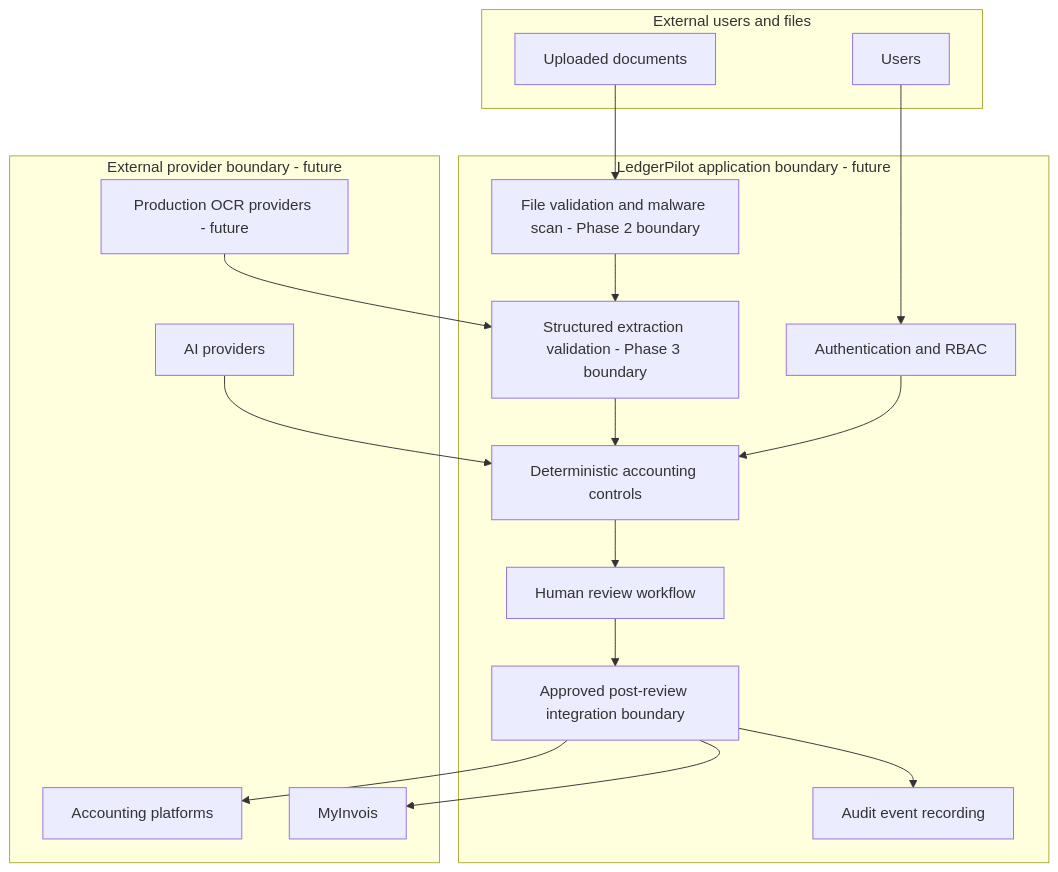
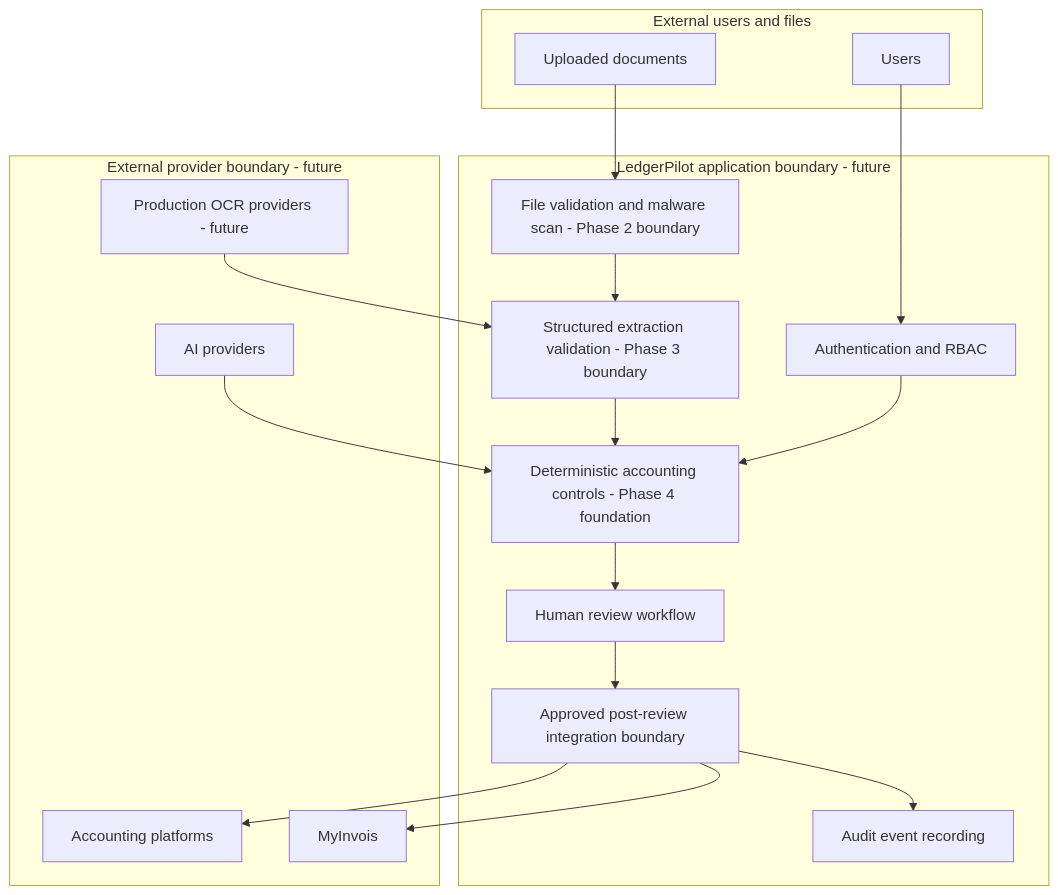
One commit to Linardi1328/ledgerpilot-ai changed the second of 2 diagrams in docs/ARCHITECTURE.md. Above: the diagram before and after it, drawn with Mermaid. The commit also changed other lines of this file and 42 other files, not shown here.

Commit message:
Implement Phase 4 accounting decision engine

````diff
--- a/docs/ARCHITECTURE.md
+++ b/docs/ARCHITECTURE.md
@@ -111,34 +120,34 @@
 ```mermaid
 flowchart TB
     subgraph Public["External users and files"]
         U[Users]
         F[Uploaded documents]
     end
     subgraph App["LedgerPilot application boundary - future"]
         Auth[Authentication and RBAC]
         Val[File validation and malware scan - Phase 2 boundary]
         Extract[Structured extraction validation - Phase 3 boundary]
-        Core[Deterministic accounting controls]
+        Core[Deterministic accounting controls - Phase 4 foundation]
         Review[Human review workflow]
         Approved[Approved post-review integration boundary]
         Audit[Audit event recording]
     end
     subgraph Providers["External provider boundary - future"]
         OCR[Production OCR providers - future]
         AI[AI providers]
         SQL[Accounting platforms]
         MY[MyInvois]
     end
     U --> Auth
     F --> Val
     Auth --> Core
     Val --> Extract
     OCR --> Extract
     Extract --> Core
     AI --> Core
     Core --> Review
     Review --> Approved
     Approved --> Audit
     Approved --> SQL
     Approved --> MY
 ```
````
